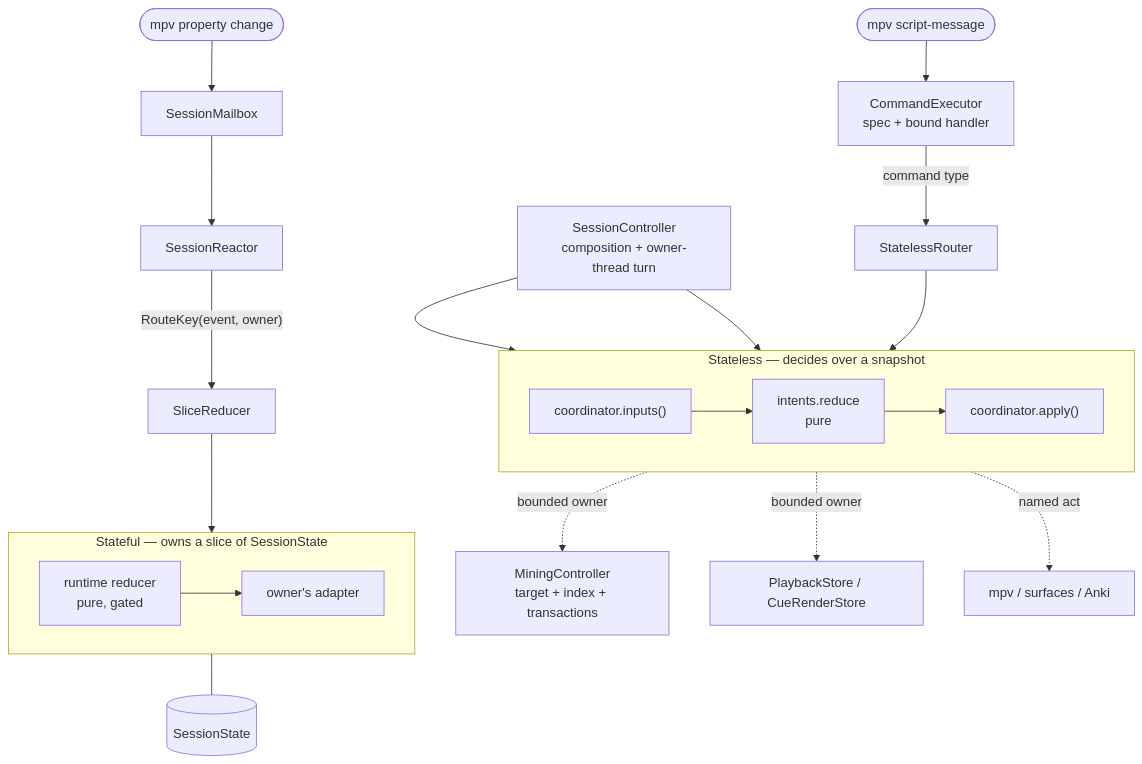
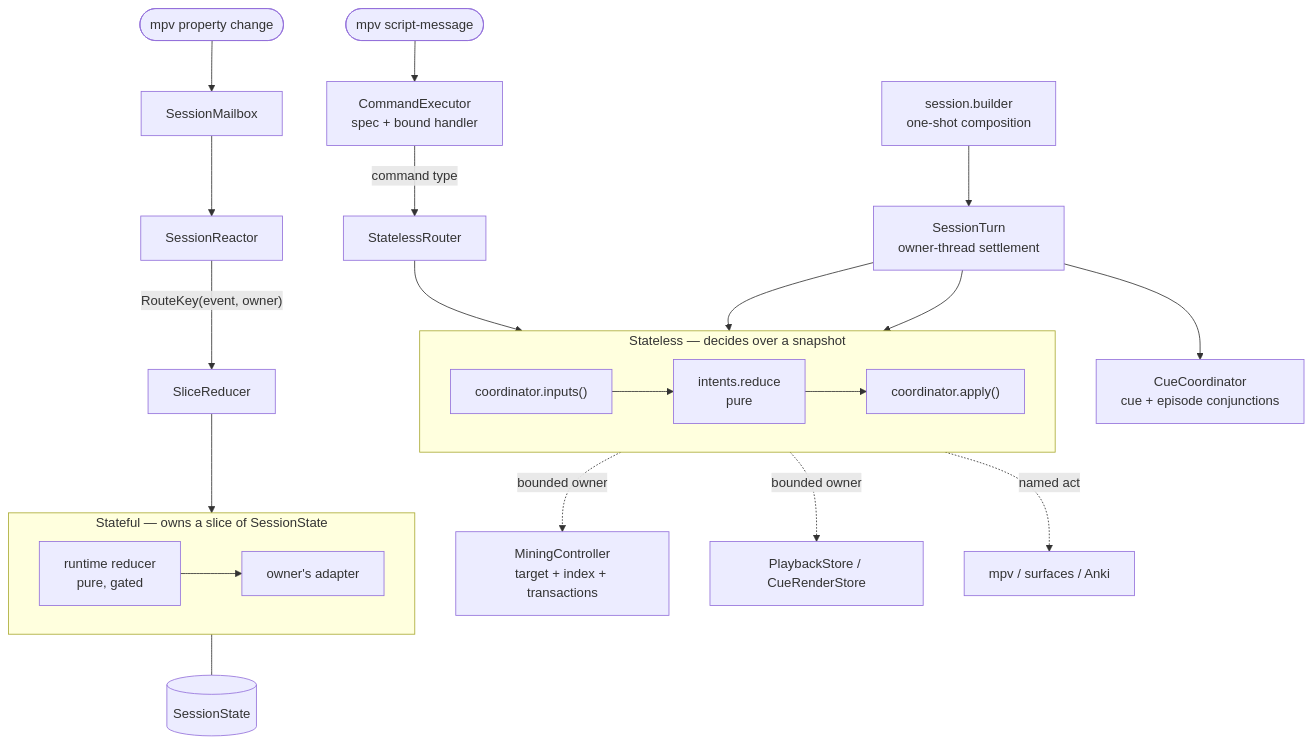
The diagram in ARCHITECTURE.md (serjflint/saitenka), drawn with Mermaid before and after one commit. The commit also changed other lines of this file and 49 other files, not shown here.

Commit message:
refactor: complete session controller ownership

````diff
--- a/ARCHITECTURE.md
+++ b/ARCHITECTURE.md
@@ -133,28 +135,30 @@
 ```mermaid
 flowchart TB
     key(["mpv script-message"]) --> exec["CommandExecutor<br/>spec + bound handler"]
     exec -->|command type| srouter["StatelessRouter"]
     obs(["mpv property change"]) --> mailbox["SessionMailbox"]
     mailbox --> reactor["SessionReactor"]
     reactor -->|"RouteKey(event, owner)"| slice["SliceReducer"]
 
     subgraph L1["Stateless — decides over a snapshot"]
         direction LR
         gather["coordinator.inputs()"] --> policy["intents.reduce<br/>pure"]
         policy --> perform["coordinator.apply()"]
     end
 
     subgraph L2["Stateful — owns a slice of SessionState"]
         direction LR
         reduce["runtime reducer<br/>pure, gated"] --> owner["owner's adapter"]
     end
 
     srouter --> L1
     slice --> L2
-    compose["SessionController<br/>composition + owner-thread turn"] --> gather
-    compose --> perform
+    compose["session.builder<br/>one-shot composition"] --> turn["SessionTurn<br/>owner-thread settlement"]
+    turn --> gather
+    turn --> perform
+    turn --> cue["CueCoordinator<br/>cue + episode conjunctions"]
     gather -. "bounded owner" .-> mining["MiningController<br/>target + index + transactions"]
     gather -. "bounded owner" .-> playback["PlaybackStore / CueRenderStore"]
     perform -. "named act" .-> sinks["mpv / surfaces / Anki"]
     reduce --- state[(SessionState)]
 ```
````
